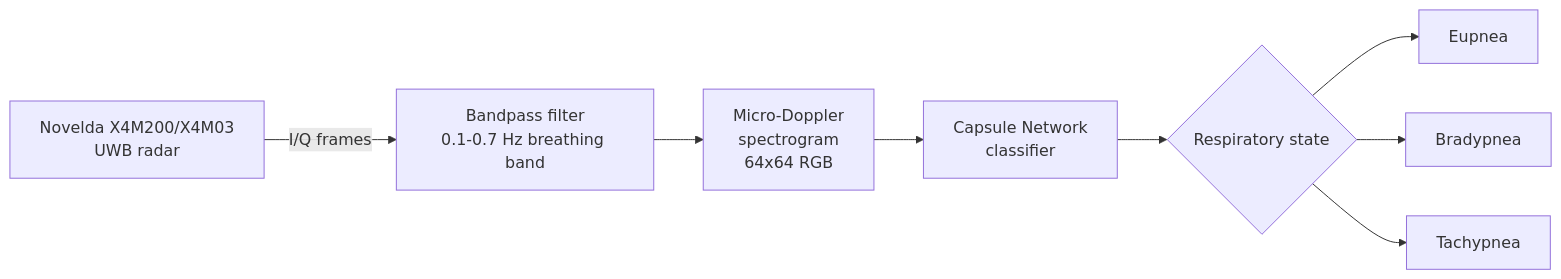
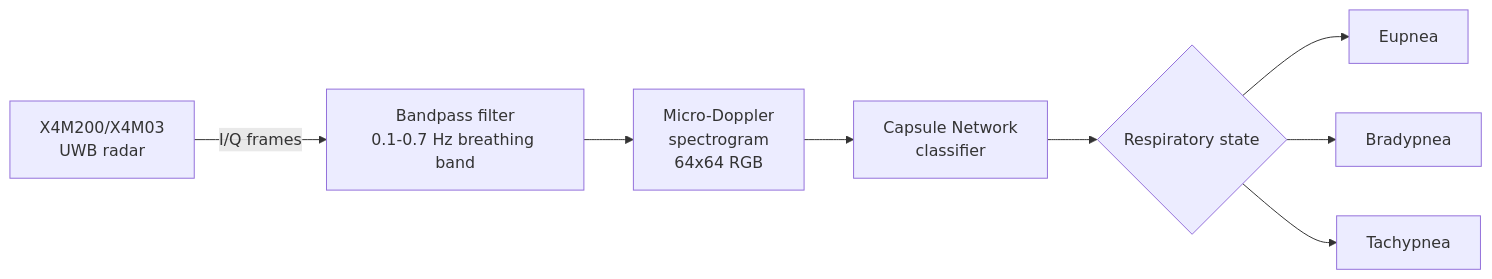
Before and after one commit to Prisila20/EdgeCaps-Pruned-Capsule-Networks-for-RF-Respiratory-Monitoring: the first of 2 diagrams in README.md, drawn with Mermaid.

Commit message:
Fix formatting in README.md flowchart

````diff
--- a/README.md
+++ b/README.md
@@ -44,10 +44,10 @@
 ```mermaid
 flowchart LR
-    A[Novelda X4M200/X4M03<br/>UWB radar] -->|I/Q frames| B[Bandpass filter<br/>0.1-0.7 Hz breathing band]
+    A[X4M200/X4M03<br/>UWB radar] -->|I/Q frames| B[Bandpass filter<br/>0.1-0.7 Hz breathing band]
     B --> C[Micro-Doppler<br/>spectrogram<br/>64x64 RGB]
     C --> D[Capsule Network<br/>classifier]
     D --> E{Respiratory state}
     E --> F[Eupnea]
     E --> G[Bradypnea]
     E --> H[Tachypnea]
 ```
````
